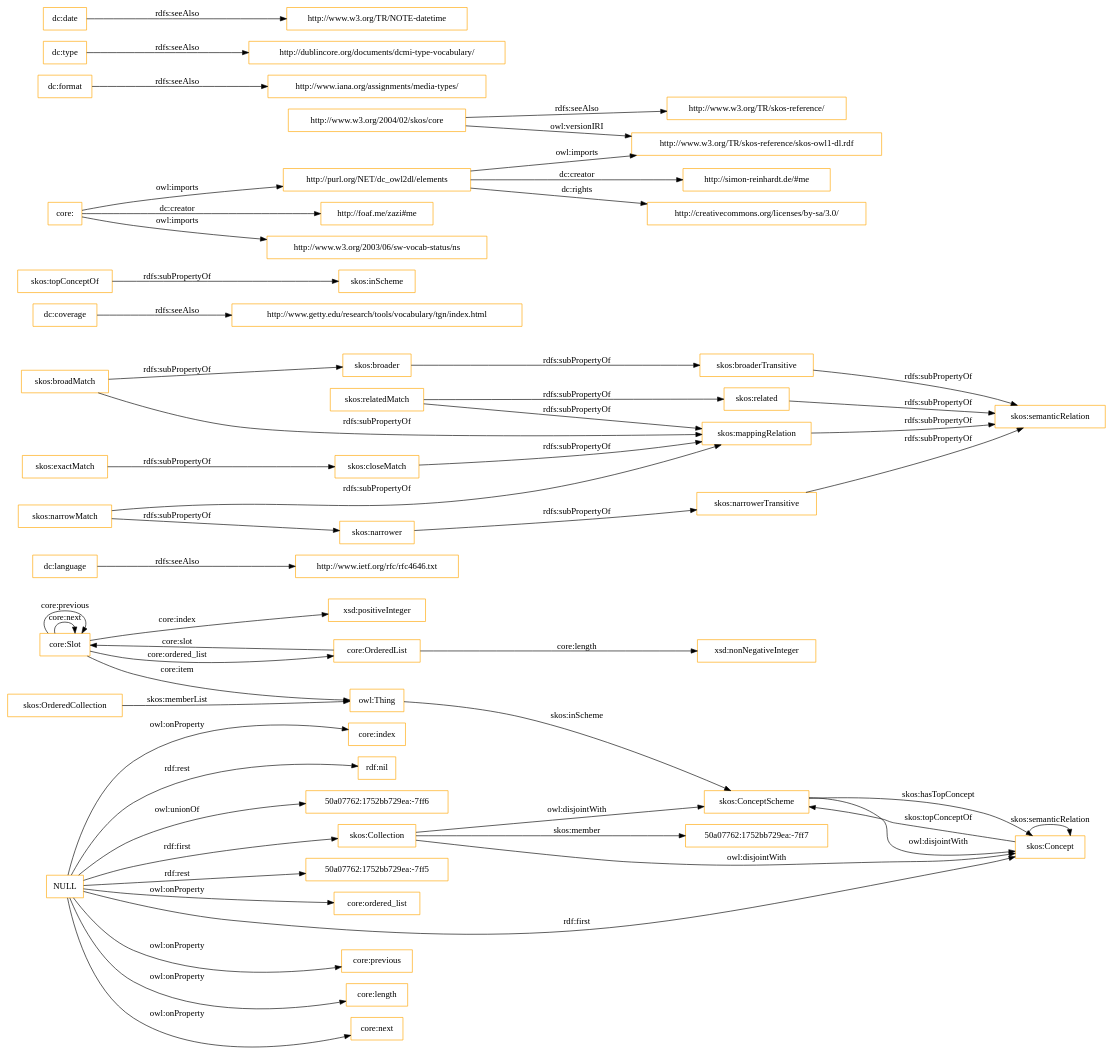
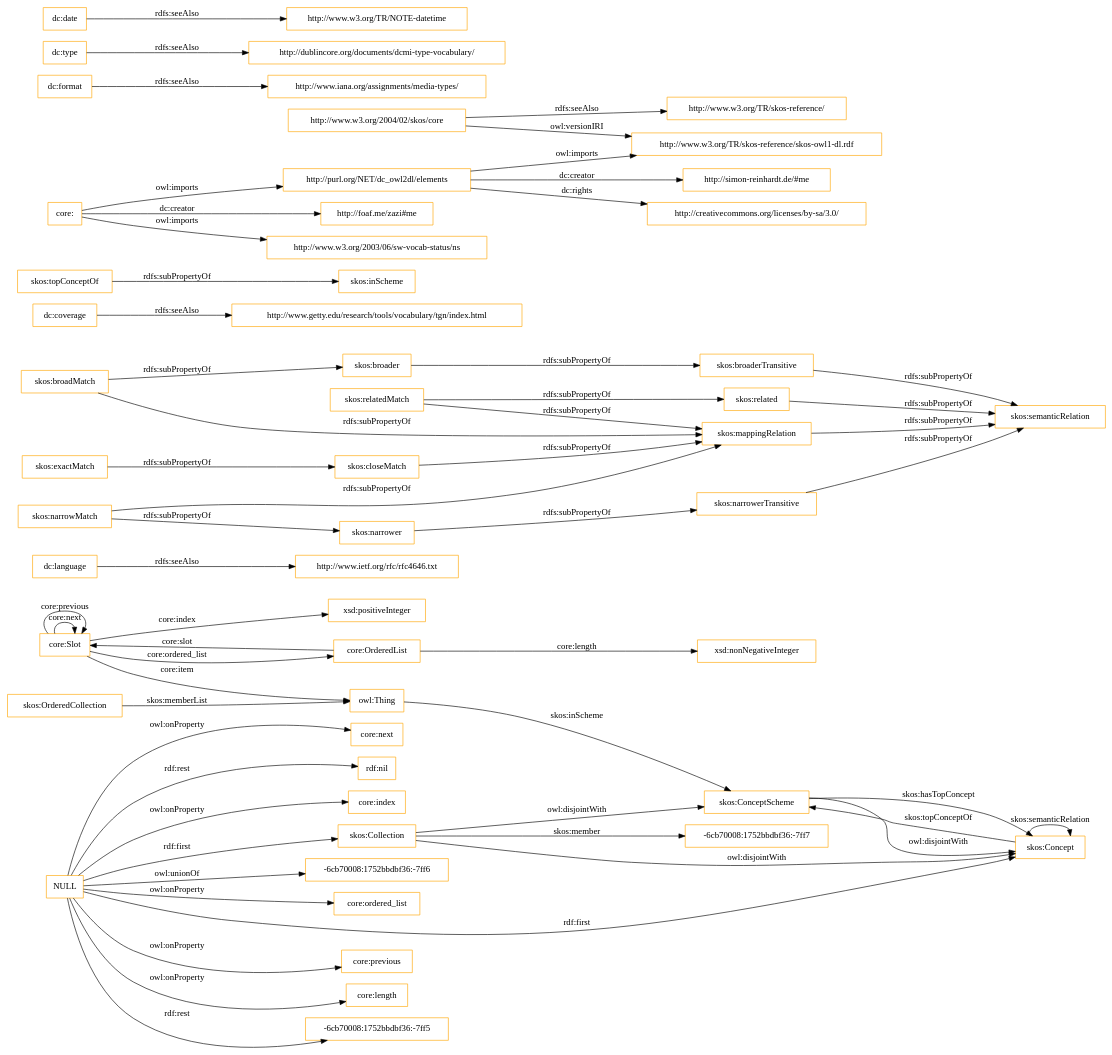
Before and after one commit to OnToologyUser/core-ontology-1: the diagram in OnToology/imports/core.owl/diagrams/ar2dtool-class/core.owl.png.dot, drawn with Graphviz. The commit also changed 14 other files, not shown here.

```diff
--- a/OnToology/imports/core.owl/diagrams/ar2dtool-class/core.owl.png.dot
+++ b/OnToology/imports/core.owl/diagrams/ar2dtool-class/core.owl.png.dot
@@ -1,60 +1,60 @@
 digraph ar2dtool_diagram { 
 rankdir=LR;
 size="1501"
-node [shape = rectangle, color="orange"]; "core:Slot" "core:OrderedList" "50a07762:1752bb729ea:-7ff7" "skos:OrderedCollection" "skos:Collection" "skos:ConceptScheme" "skos:Concept" ; /*classes style*/
+node [shape = rectangle, color="orange"]; "core:Slot" "core:OrderedList" "-6cb70008:1752bbdbf36:-7ff7" "skos:OrderedCollection" "skos:Collection" "skos:ConceptScheme" "skos:Concept" ; /*classes style*/
 	"dc:language" -> "http://www.ietf.org/rfc/rfc4646.txt" [ label = "rdfs:seeAlso" ];
 	"NULL" -> "core:previous" [ label = "owl:onProperty" ];
 	"NULL" -> "core:length" [ label = "owl:onProperty" ];
 	"NULL" -> "skos:Concept" [ label = "rdf:first" ];
+	"NULL" -> "-6cb70008:1752bbdbf36:-7ff5" [ label = "rdf:rest" ];
 	"NULL" -> "core:next" [ label = "owl:onProperty" ];
+	"NULL" -> "rdf:nil" [ label = "rdf:rest" ];
 	"NULL" -> "core:index" [ label = "owl:onProperty" ];
-	"NULL" -> "rdf:nil" [ label = "rdf:rest" ];
-	"NULL" -> "50a07762:1752bb729ea:-7ff6" [ label = "owl:unionOf" ];
-	"NULL" -> "50a07762:1752bb729ea:-7ff5" [ label = "rdf:rest" ];
+	"NULL" -> "-6cb70008:1752bbdbf36:-7ff6" [ label = "owl:unionOf" ];
 	"NULL" -> "core:ordered_list" [ label = "owl:onProperty" ];
 	"NULL" -> "skos:Collection" [ label = "rdf:first" ];
 	"skos:closeMatch" -> "skos:mappingRelation" [ label = "rdfs:subPropertyOf" ];
 	"dc:coverage" -> "http://www.getty.edu/research/tools/vocabulary/tgn/index.html" [ label = "rdfs:seeAlso" ];
 	"skos:relatedMatch" -> "skos:related" [ label = "rdfs:subPropertyOf" ];
 	"skos:relatedMatch" -> "skos:mappingRelation" [ label = "rdfs:subPropertyOf" ];
 	"skos:ConceptScheme" -> "skos:Concept" [ label = "owl:disjointWith" ];
 	"skos:related" -> "skos:semanticRelation" [ label = "rdfs:subPropertyOf" ];
 	"skos:topConceptOf" -> "skos:inScheme" [ label = "rdfs:subPropertyOf" ];
 	"skos:broadMatch" -> "skos:broader" [ label = "rdfs:subPropertyOf" ];
 	"skos:broadMatch" -> "skos:mappingRelation" [ label = "rdfs:subPropertyOf" ];
 	"http://purl.org/NET/dc_owl2dl/elements" -> "http://www.w3.org/TR/skos-reference/skos-owl1-dl.rdf" [ label = "owl:imports" ];
 	"http://purl.org/NET/dc_owl2dl/elements" -> "http://creativecommons.org/licenses/by-sa/3.0/" [ label = "dc:rights" ];
 	"http://purl.org/NET/dc_owl2dl/elements" -> "http://simon-reinhardt.de/#me" [ label = "dc:creator" ];
 	"skos:exactMatch" -> "skos:closeMatch" [ label = "rdfs:subPropertyOf" ];
 	"dc:format" -> "http://www.iana.org/assignments/media-types/" [ label = "rdfs:seeAlso" ];
 	"core:" -> "http://foaf.me/zazi#me" [ label = "dc:creator" ];
 	"core:" -> "http://www.w3.org/2003/06/sw-vocab-status/ns" [ label = "owl:imports" ];
 	"core:" -> "http://purl.org/NET/dc_owl2dl/elements" [ label = "owl:imports" ];
 	"skos:broaderTransitive" -> "skos:semanticRelation" [ label = "rdfs:subPropertyOf" ];
 	"skos:mappingRelation" -> "skos:semanticRelation" [ label = "rdfs:subPropertyOf" ];
 	"skos:broader" -> "skos:broaderTransitive" [ label = "rdfs:subPropertyOf" ];
 	"dc:type" -> "http://dublincore.org/documents/dcmi-type-vocabulary/" [ label = "rdfs:seeAlso" ];
 	"http://www.w3.org/2004/02/skos/core" -> "http://www.w3.org/TR/skos-reference/skos-owl1-dl.rdf" [ label = "owl:versionIRI" ];
 	"http://www.w3.org/2004/02/skos/core" -> "http://www.w3.org/TR/skos-reference/" [ label = "rdfs:seeAlso" ];
 	"skos:Collection" -> "skos:ConceptScheme" [ label = "owl:disjointWith" ];
 	"skos:Collection" -> "skos:Concept" [ label = "owl:disjointWith" ];
 	"skos:narrowMatch" -> "skos:narrower" [ label = "rdfs:subPropertyOf" ];
 	"skos:narrowMatch" -> "skos:mappingRelation" [ label = "rdfs:subPropertyOf" ];
 	"skos:narrower" -> "skos:narrowerTransitive" [ label = "rdfs:subPropertyOf" ];
 	"dc:date" -> "http://www.w3.org/TR/NOTE-datetime" [ label = "rdfs:seeAlso" ];
 	"skos:narrowerTransitive" -> "skos:semanticRelation" [ label = "rdfs:subPropertyOf" ];
 	"core:Slot" -> "xsd:positiveInteger" [ label = "core:index" ];
 	"skos:Concept" -> "skos:ConceptScheme" [ label = "skos:topConceptOf" ];
 	"core:Slot" -> "owl:Thing" [ label = "core:item" ];
 	"core:OrderedList" -> "xsd:nonNegativeInteger" [ label = "core:length" ];
 	"core:OrderedList" -> "core:Slot" [ label = "core:slot" ];
-	"skos:Collection" -> "50a07762:1752bb729ea:-7ff7" [ label = "skos:member" ];
+	"skos:Collection" -> "-6cb70008:1752bbdbf36:-7ff7" [ label = "skos:member" ];
 	"core:Slot" -> "core:Slot" [ label = "core:next" ];
 	"skos:ConceptScheme" -> "skos:Concept" [ label = "skos:hasTopConcept" ];
 	"owl:Thing" -> "skos:ConceptScheme" [ label = "skos:inScheme" ];
 	"core:Slot" -> "core:Slot" [ label = "core:previous" ];
 	"skos:OrderedCollection" -> "owl:Thing" [ label = "skos:memberList" ];
 	"skos:Concept" -> "skos:Concept" [ label = "skos:semanticRelation" ];
 	"core:Slot" -> "core:OrderedList" [ label = "core:ordered_list" ];
 
 }
```
